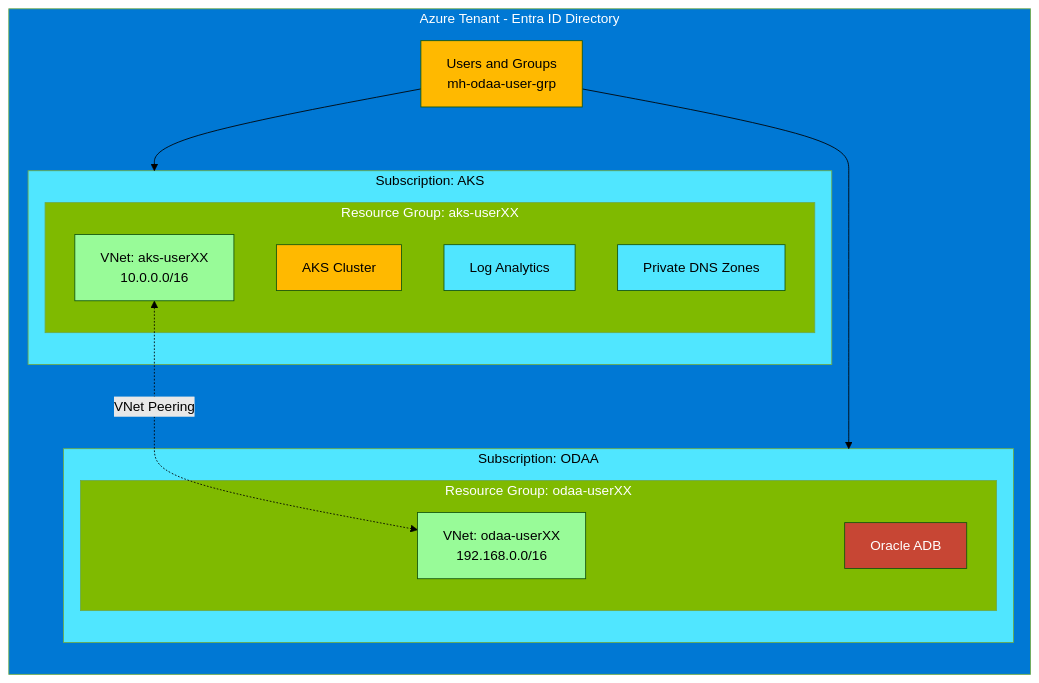
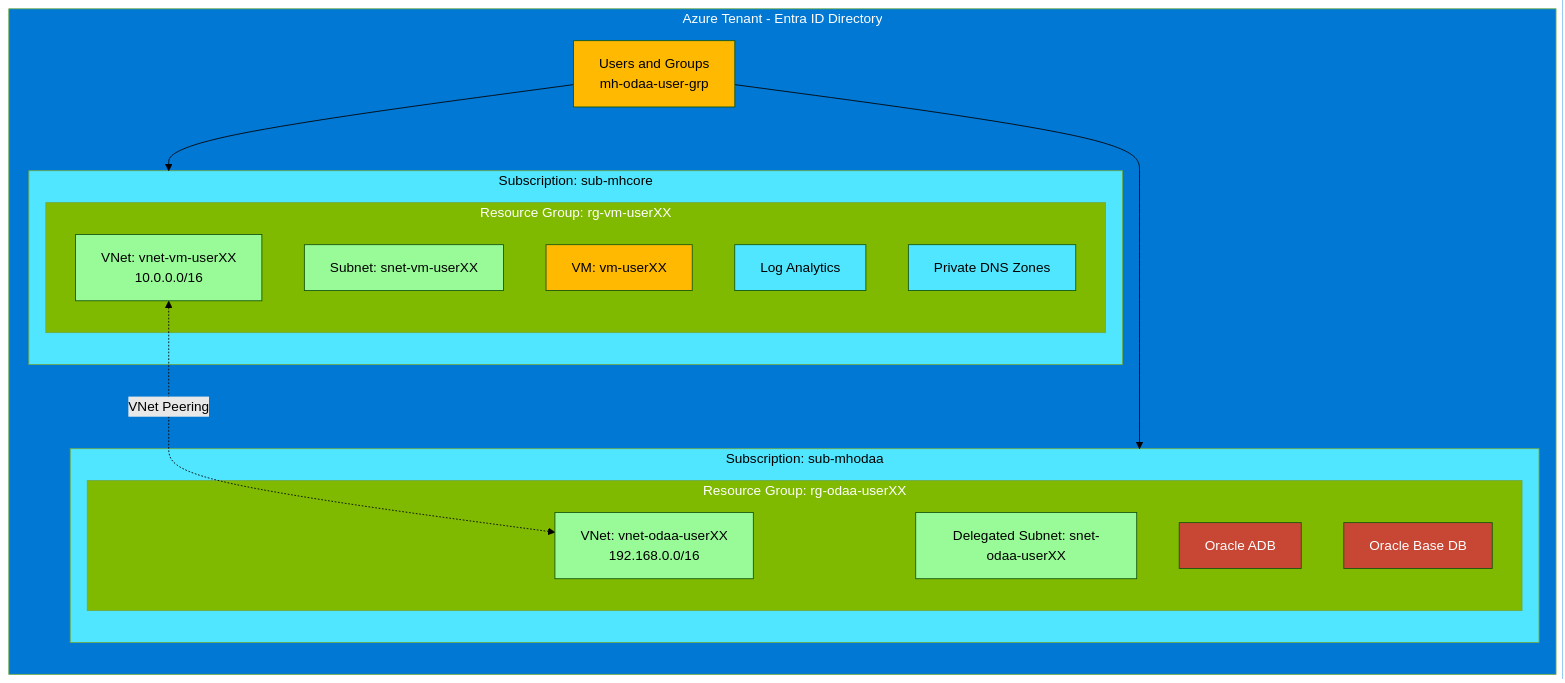
One commit to cpinotossi/msftmh changed the third of 6 diagrams in 03-Azure/01-03-Infrastructure/10_Oracle_on_Azure/README.md. Above: the diagram before and after it, drawn with Mermaid (forest theme). The commit also changed other lines of this file and 1 other file, not shown here.

````diff
--- a/03-Azure/01-03-Infrastructure/10_Oracle_on_Azure/README.md
+++ b/03-Azure/01-03-Infrastructure/10_Oracle_on_Azure/README.md
@@ -88,40 +140,46 @@
 ```mermaid
 flowchart TB
     subgraph TENANT[Azure Tenant - Entra ID Directory]
         direction TB
         USERS[Users and Groups<br/>mh-odaa-user-grp]
         
-        subgraph SUB_AKS[Subscription: AKS]
-            subgraph RG_AKS[Resource Group: aks-userXX]
-                VNET_AKS[VNet: aks-userXX<br/>10.0.0.0/16]
-                AKS_CLUSTER[AKS Cluster]
+        subgraph SUB_VM[Subscription: sub-mhcore]
+            subgraph RG_VM[Resource Group: rg-vm-userXX]
+                VNET_VM[VNet: vnet-vm-userXX<br/>10.0.0.0/16]
+                SNET_VM[Subnet: snet-vm-userXX]
+                VM_MACHINE[VM: vm-userXX]
                 LOG[Log Analytics]
                 DNS_ZONES[Private DNS Zones]
             end
         end
         
-        subgraph SUB_ODAA[Subscription: ODAA]
-            subgraph RG_ODAA[Resource Group: odaa-userXX]
-                VNET_ODAA[VNet: odaa-userXX<br/>192.168.0.0/16]
+        subgraph SUB_ODAA[Subscription: sub-mhodaa]
+            subgraph RG_ODAA[Resource Group: rg-odaa-userXX]
+                VNET_ODAA[VNet: vnet-odaa-userXX<br/>192.168.0.0/16]
+                SNET_ODAA[Delegated Subnet: snet-odaa-userXX]
                 ADB[Oracle ADB]
+                BASEDB[Oracle Base DB]
             end
         end
     end
 
-    USERS --> SUB_AKS
+    USERS --> SUB_VM
     USERS --> SUB_ODAA
-    VNET_AKS <-.->|VNet Peering| VNET_ODAA
+    VNET_VM <-.->|VNet Peering| VNET_ODAA
 
     style TENANT fill:#0078D4,color:#fff
     style USERS fill:#FFB900,color:#000
-    style SUB_AKS fill:#50E6FF,color:#000
+    style SUB_VM fill:#50E6FF,color:#000
     style SUB_ODAA fill:#50E6FF,color:#000
-    style RG_AKS fill:#7FBA00,color:#fff
+    style RG_VM fill:#7FBA00,color:#fff
     style RG_ODAA fill:#7FBA00,color:#fff
-    style VNET_AKS fill:#98FB98,color:#000
+    style VNET_VM fill:#98FB98,color:#000
     style VNET_ODAA fill:#98FB98,color:#000
-    style AKS_CLUSTER fill:#FFB900,color:#000
+    style VM_MACHINE fill:#FFB900,color:#000
+    style SNET_VM fill:#98FB98,color:#000
+    style SNET_ODAA fill:#98FB98,color:#000
     style LOG fill:#50E6FF,color:#000
     style DNS_ZONES fill:#50E6FF,color:#000
     style ADB fill:#C74634,color:#fff
+    style BASEDB fill:#C74634,color:#fff
 ```
````
